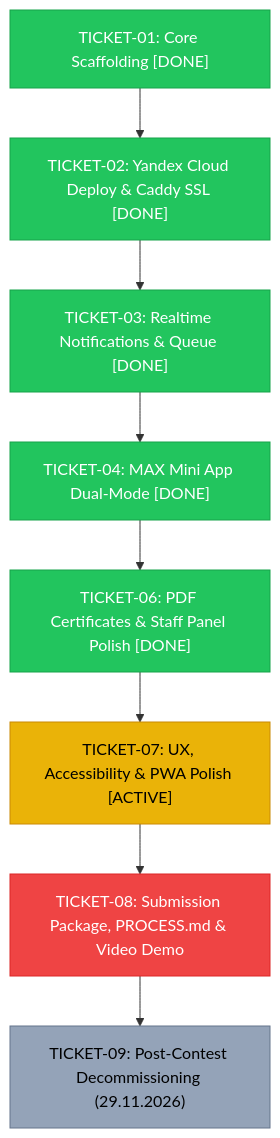
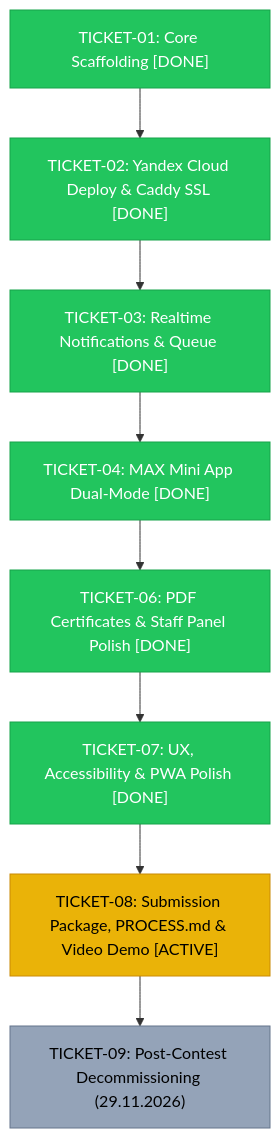
The diagram in docs/STATE.md (Nek1yZakhar/dekanat), drawn with Mermaid before and after one commit. The commit also changed other lines of this file and 21 other files, not shown here.

Commit message:
feat(ux): финальная полировка UX, расписание ИГУ, шторка ДЗ, PWA и AI-гардрейлы (TICKET-07)

````diff
--- a/docs/STATE.md
+++ b/docs/STATE.md
@@ -65,19 +67,19 @@
 ```mermaid
 graph TD
     T01["TICKET-01: Core Scaffolding [DONE]"] --> T02["TICKET-02: Yandex Cloud Deploy & Caddy SSL [DONE]"]
     T02 --> T03["TICKET-03: Realtime Notifications & Queue [DONE]"]
     T03 --> T04["TICKET-04: MAX Mini App Dual-Mode [DONE]"]
     T04 --> T06["TICKET-06: PDF Certificates & Staff Panel Polish [DONE]"]
-    T06 --> T07["TICKET-07: UX, Accessibility & PWA Polish [ACTIVE]"]
-    T07 --> T08["TICKET-08: Submission Package, PROCESS.md & Video Demo"]
+    T06 --> T07["TICKET-07: UX, Accessibility & PWA Polish [DONE]"]
+    T07 --> T08["TICKET-08: Submission Package, PROCESS.md & Video Demo [ACTIVE]"]
     T08 --> T09["TICKET-09: Post-Contest Decommissioning (29.11.2026)"]
 
     style T01 fill:#22c55e,stroke:#16a34a,color:#fff
     style T02 fill:#22c55e,stroke:#16a34a,color:#fff
     style T03 fill:#22c55e,stroke:#16a34a,color:#fff
     style T04 fill:#22c55e,stroke:#16a34a,color:#fff
     style T06 fill:#22c55e,stroke:#16a34a,color:#fff
-    style T07 fill:#eab308,stroke:#ca8a04,color:#000
-    style T08 fill:#ef4444,stroke:#dc2626,color:#fff
+    style T07 fill:#22c55e,stroke:#16a34a,color:#fff
+    style T08 fill:#eab308,stroke:#ca8a04,color:#000
     style T09 fill:#94a3b8,stroke:#64748b,color:#000
 ```
````
